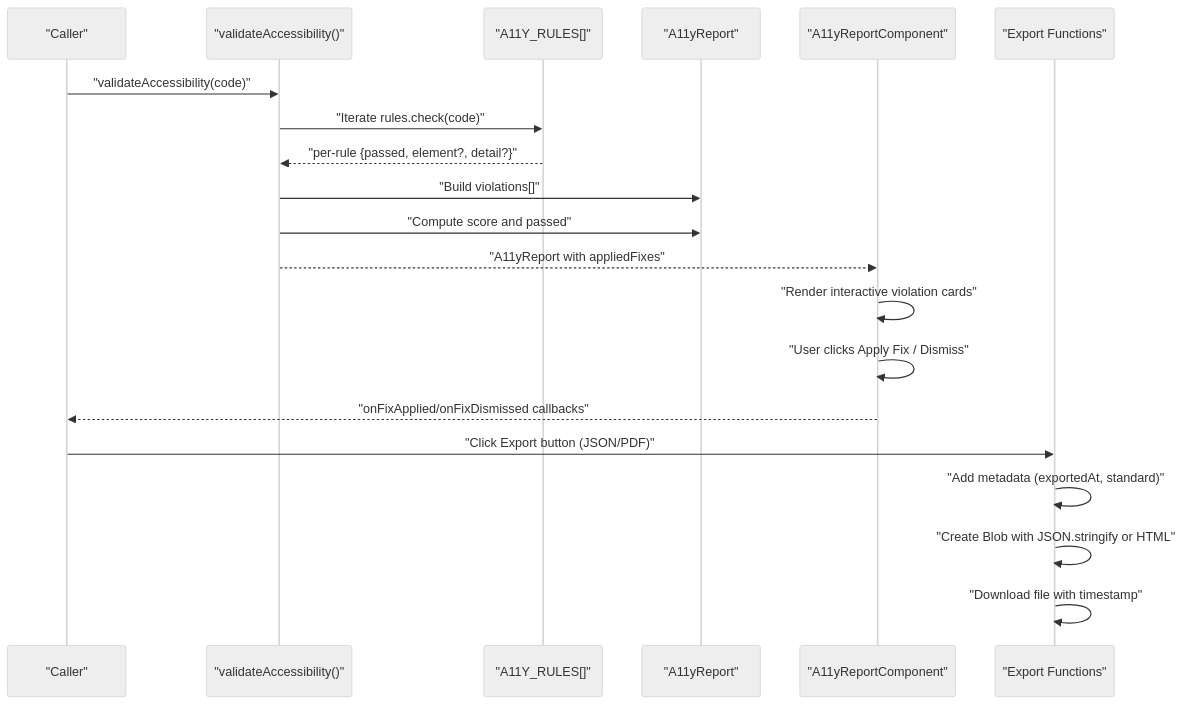
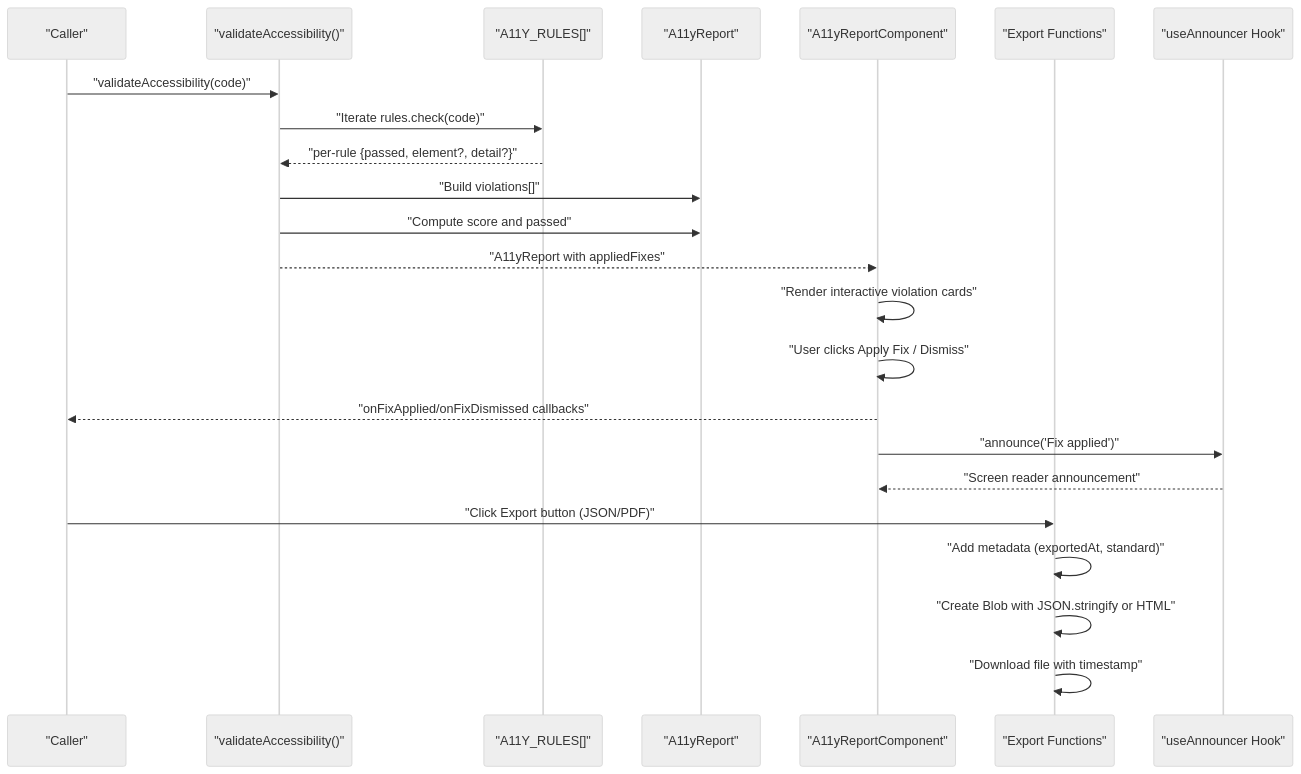
One commit to shekhargiri005-dotcom/AI-powered-accessibility-first-UI-engine changed the second of 9 diagrams in .qoder/repowiki/en/content/Validation & Quality Assurance/Accessibility Validation (WCAG 2.1 AA).md. Above: the diagram before and after it, drawn with Mermaid (neutral theme). The commit also changed other lines of this file and 7 other files, not shown here.

````diff
--- a/.qoder/repowiki/en/content/Validation & Quality Assurance/Accessibility Validation (WCAG 2.1 AA).md
+++ b/.qoder/repowiki/en/content/Validation & Quality Assurance/Accessibility Validation (WCAG 2.1 AA).md
@@ -103,22 +128,25 @@
 ```mermaid
 sequenceDiagram
 participant Caller as "Caller"
 participant Validator as "validateAccessibility()"
 participant Rules as "A11Y_RULES[]"
 participant Report as "A11yReport"
 participant UI as "A11yReportComponent"
 participant Export as "Export Functions"
+participant Announcer as "useAnnouncer Hook"
 Caller->>Validator : "validateAccessibility(code)"
 Validator->>Rules : "Iterate rules.check(code)"
 Rules-->>Validator : "per-rule {passed, element?, detail?}"
 Validator->>Report : "Build violations[]"
 Validator->>Report : "Compute score and passed"
 Validator-->>UI : "A11yReport with appliedFixes"
 UI->>UI : "Render interactive violation cards"
 UI->>UI : "User clicks Apply Fix / Dismiss"
 UI-->>Caller : "onFixApplied/onFixDismissed callbacks"
+UI->>Announcer : "announce('Fix applied')"
+Announcer-->>UI : "Screen reader announcement"
 Caller->>Export : "Click Export button (JSON/PDF)"
 Export->>Export : "Add metadata (exportedAt, standard)"
 Export->>Export : "Create Blob with JSON.stringify or HTML"
 Export->>Export : "Download file with timestamp"
 ```
````
